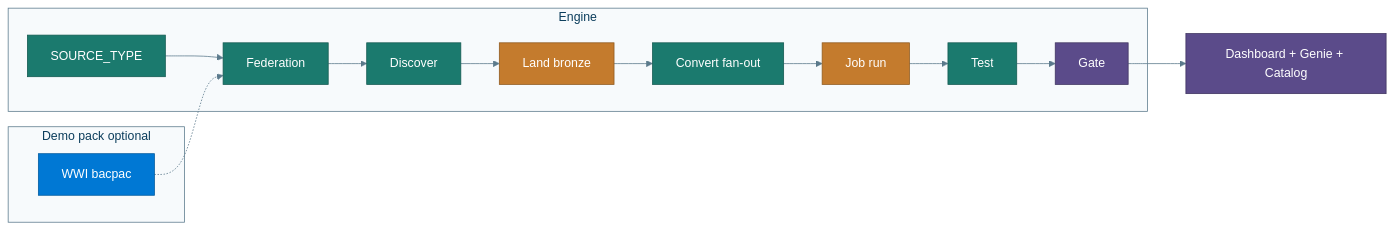
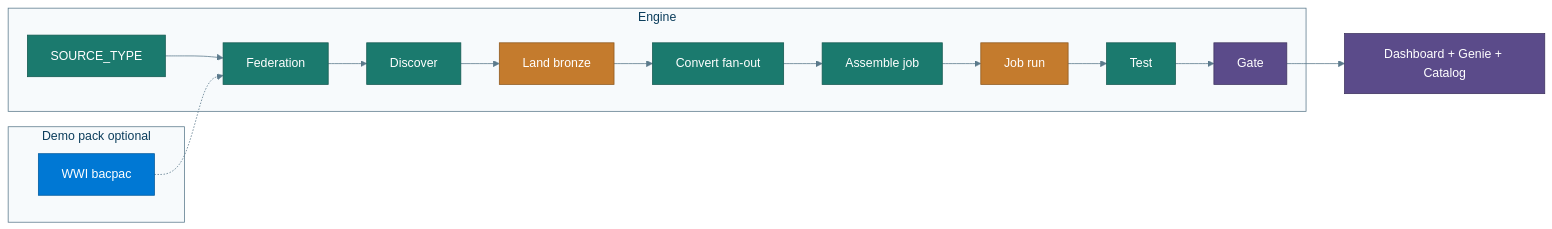
Before and after one commit to Jericho2010/edwmigration: the diagram in docs/architecture.md, drawn with Mermaid. The commit also changed other lines of this file and 124 other files, not shown here.

````diff
--- a/docs/architecture.md
+++ b/docs/architecture.md
@@ -13,26 +13,27 @@
 ```mermaid
 %%{init: {"theme":"base","themeVariables":{"primaryColor":"#E8F1F8","primaryTextColor":"#0B3D5C","primaryBorderColor":"#0B3D5C","lineColor":"#5B7A8C","secondaryColor":"#E6F4F1","tertiaryColor":"#F7F3EA","background":"#FFFFFF","mainBkg":"#E8F1F8","clusterBkg":"#F7FAFC","clusterBorder":"#5B7A8C","titleColor":"#0B3D5C","edgeLabelBackground":"#FFFFFF"}}}%%
 flowchart LR
   subgraph engine [Engine]
     ST[SOURCE_TYPE] --> Fed[Federation]
     Fed --> Disc[Discover]
     Disc --> Land[Land bronze]
     Land --> Conv[Convert fan-out]
-    Conv --> Job[Job run]
+    Conv --> Wire[Assemble job]
+    Wire --> Job[Job run]
     Job --> Test[Test]
     Test --> Gate[Gate]
   end
   subgraph demo [Demo pack optional]
     WWI[WWI bacpac]
   end
   WWI -.-> Fed
   Gate --> Obs[Dashboard + Genie + Catalog]
   classDef agent fill:#1B7A6E,stroke:#145A51,color:#fff
   classDef azureC fill:#0078D4,stroke:#005A9E,color:#fff
   classDef bronze fill:#C47B2D,stroke:#8F5A1F,color:#fff
   classDef ops fill:#5B4B8A,stroke:#3F3460,color:#fff
-  class ST,Fed,Disc,Conv,Test agent
+  class ST,Fed,Disc,Conv,Wire,Test agent
   class WWI azureC
   class Land,Job bronze
   class Gate,Obs ops
 ```
````
